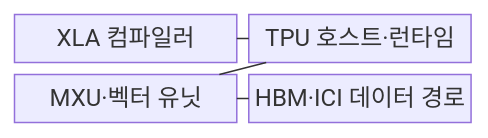
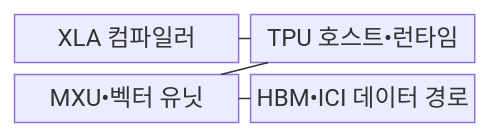
Before and after one commit to agnusdei1207/knowledge-base: the first of 2 diagrams in src/content/docs/notes/02-hardware/043_tensor_processing_unit.md, drawn with Mermaid. The commit also changed other lines of this file and 953 other files, not shown here.

````diff
--- a/src/content/docs/notes/02-hardware/043_tensor_processing_unit.md
+++ b/src/content/docs/notes/02-hardware/043_tensor_processing_unit.md
@@ -69,11 +69,11 @@
 ```mermaid
 block
     columns 2
     X["XLA 컴파일러"]
-    H["TPU 호스트·런타임"]
-    C["MXU·벡터 유닛"]
-    D["HBM·ICI 데이터 경로"]
+    H["TPU 호스트•런타임"]
+    C["MXU•벡터 유닛"]
+    D["HBM•ICI 데이터 경로"]
     X --- H
     H --- C
     C --- D
 ```
````
